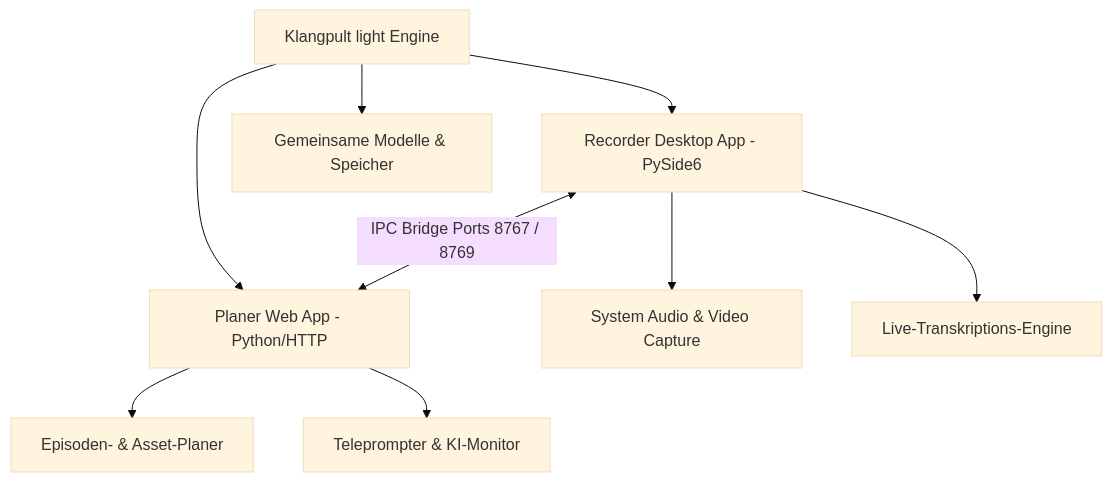
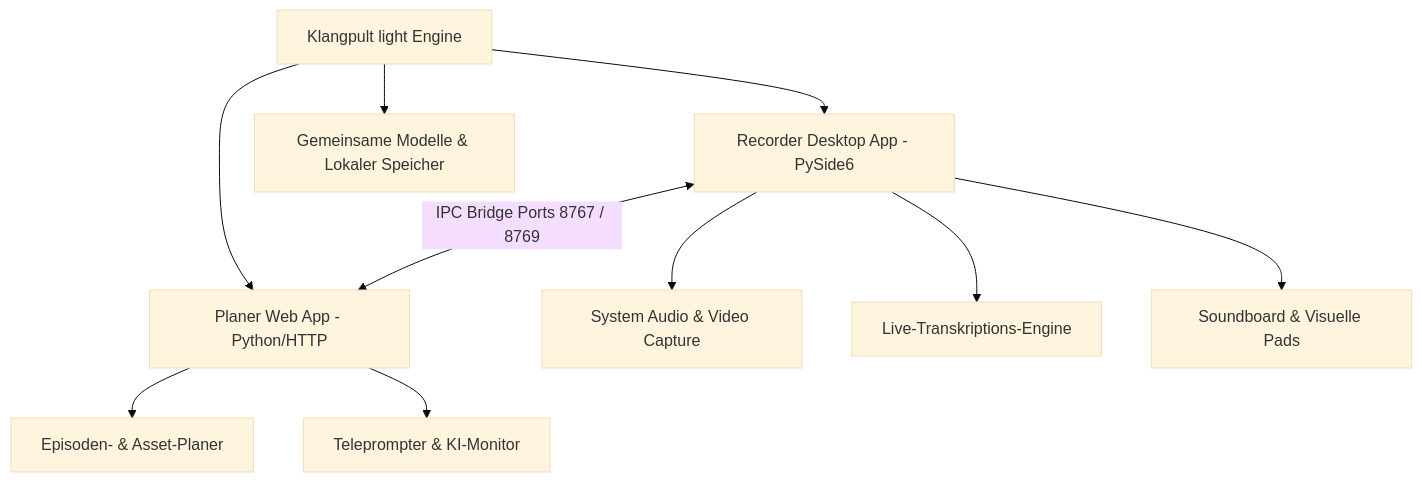
The first of 2 diagrams in README_de.md (entertain-and-more/KlangpultLight), drawn with Mermaid (base theme) before and after one commit. The commit also changed other lines of this file and 53 other files, not shown here.

````diff
--- a/README_de.md
+++ b/README_de.md
@@ -32,11 +52,12 @@
 ```mermaid
 graph TD
     A[Klangpult light Engine] --> B[Recorder Desktop App - PySide6]
     A --> C[Planer Web App - Python/HTTP]
     B --> D[System Audio & Video Capture]
     B --> E[Live-Transkriptions-Engine]
+    B --> I[Soundboard & Visuelle Pads]
     C --> F[Episoden- & Asset-Planer]
     C --> G[Teleprompter & KI-Monitor]
     B <-->|IPC Bridge Ports 8767 / 8769| C
-    A --> H[Gemeinsame Modelle & Speicher]
+    A --> H[Gemeinsame Modelle & Lokaler Speicher]
 ```
````
